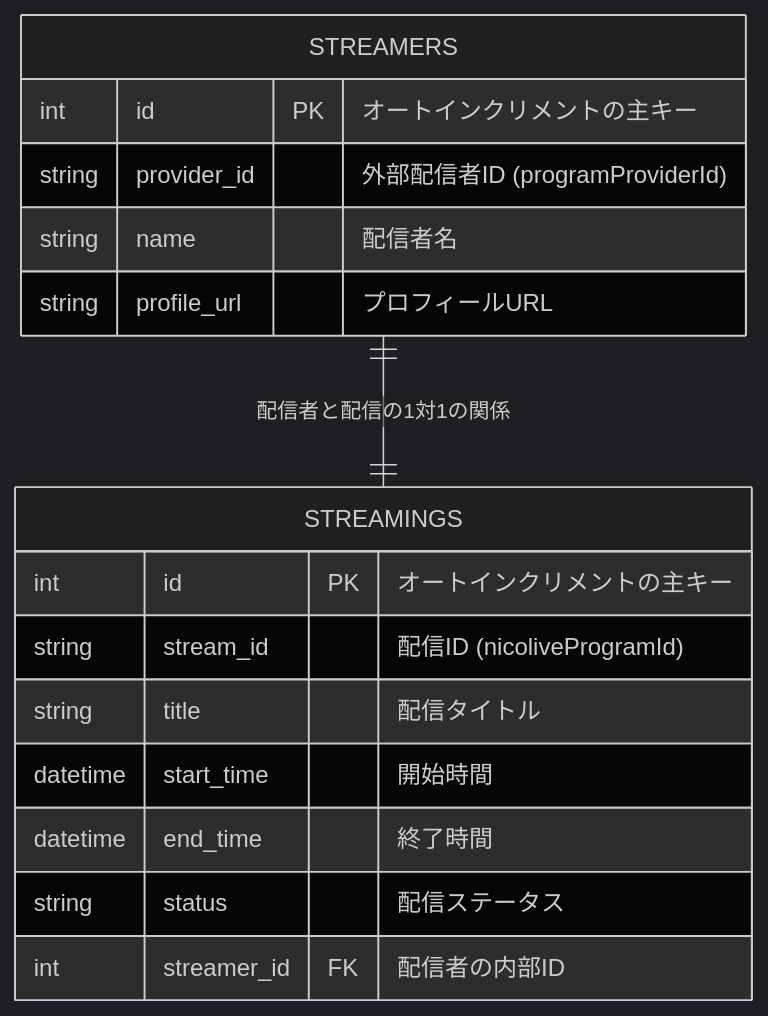
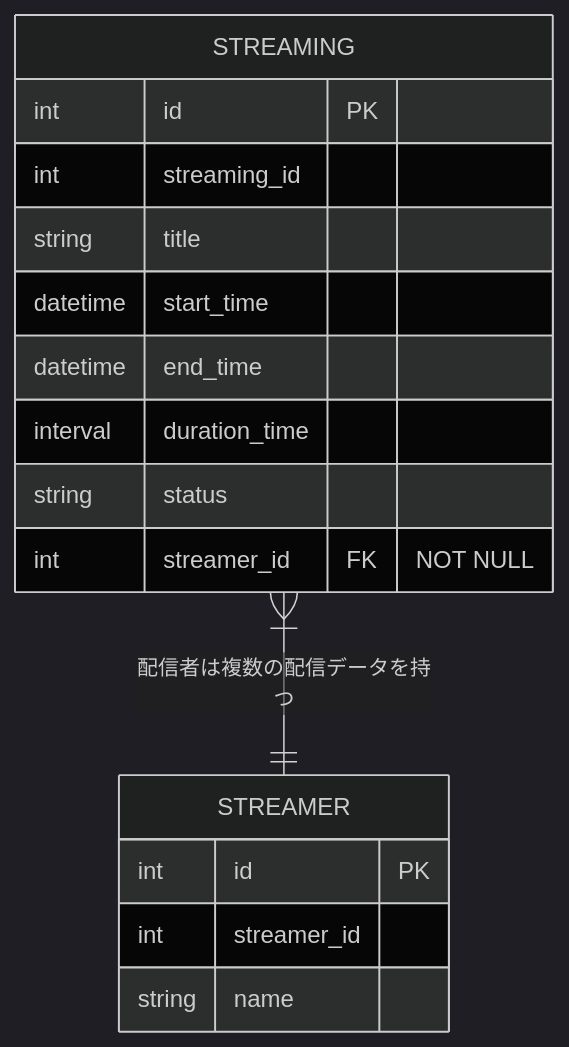
One commit to MASA20201203/nicodb-django changed the diagram in docs/03_er_diagram.md. Above: the diagram before and after it, drawn with Mermaid (dark theme).

Commit message:
update: #5 ER図作成

````diff
--- a/docs/03_er_diagram.md
+++ b/docs/03_er_diagram.md
@@ -3,21 +3,21 @@
 ```mermaid
 erDiagram
-    STREAMERS ||--|| STREAMINGS : "配信者と配信の1対1の関係"
 
-    STREAMERS {
-        int id PK "オートインクリメントの主キー"
-        string provider_id "外部配信者ID (programProviderId)"
-        string name "配信者名"
-        string profile_url "プロフィールURL"
+    STREAMING }|--|| STREAMER : "配信者は複数の配信データを持つ"
+    STREAMING {
+        int id PK
+        int streaming_id
+        string title
+        datetime start_time
+        datetime end_time
+        interval duration_time
+        string status
+        int streamer_id FK "NOT NULL"
     }
 
-    STREAMINGS {
-        int id PK "オートインクリメントの主キー"
-        string stream_id "配信ID (nicoliveProgramId)"
-        string title "配信タイトル"
-        datetime start_time "開始時間"
-        datetime end_time "終了時間"
-        string status "配信ステータス"
-        int streamer_id FK "配信者の内部ID"
+    STREAMER {
+        int id PK
+        int streamer_id
+        string name
     }
 ```
````
